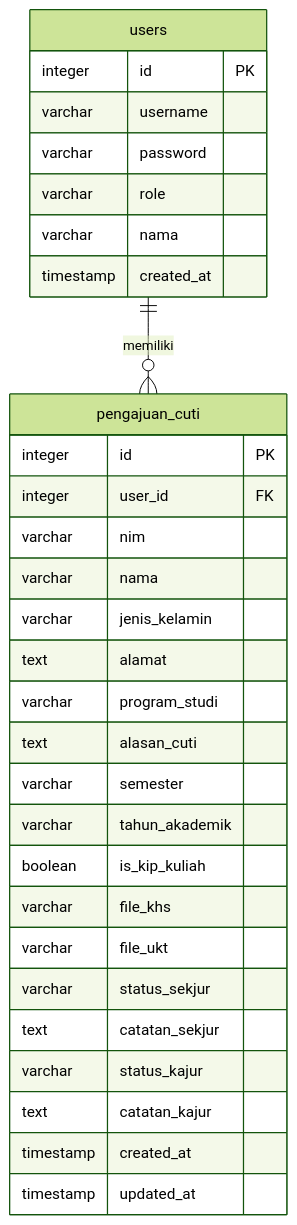
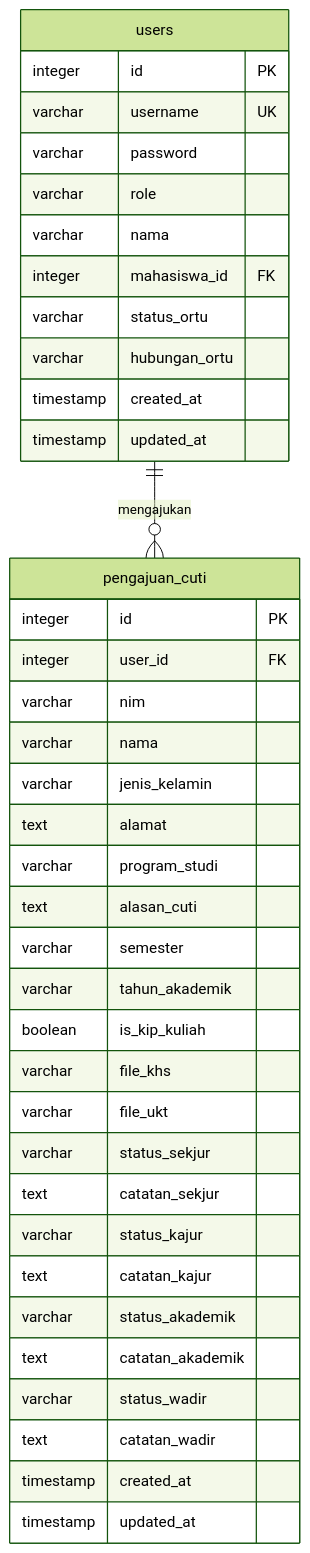
Before and after one commit to Chello21/aplikasi-cuti-kampus: the fourth of 4 diagrams in modul_cuti_akademik.md, drawn with Mermaid (forest theme). The commit also changed other lines of this file and 1 other file, not shown here.

````diff
--- a/modul_cuti_akademik.md
+++ b/modul_cuti_akademik.md
@@ -263,33 +310,41 @@
 ```mermaid
 erDiagram
     users {
         integer id PK
-        varchar username
+        varchar username UK
         varchar password
         varchar role
         varchar nama
+        integer mahasiswa_id FK
+        varchar status_ortu
+        varchar hubungan_ortu
         timestamp created_at
+        timestamp updated_at
     }
     pengajuan_cuti {
         integer id PK
         integer user_id FK
         varchar nim
         varchar nama
         varchar jenis_kelamin
         text alamat
         varchar program_studi
         text alasan_cuti
         varchar semester
         varchar tahun_akademik
         boolean is_kip_kuliah
         varchar file_khs
         varchar file_ukt
         varchar status_sekjur
         text catatan_sekjur
         varchar status_kajur
         text catatan_kajur
+        varchar status_akademik
+        text catatan_akademik
+        varchar status_wadir
+        text catatan_wadir
         timestamp created_at
         timestamp updated_at
     }
-    users ||--o{ pengajuan_cuti : "memiliki"
+    users ||--o{ pengajuan_cuti : "mengajukan"
 ```
````
